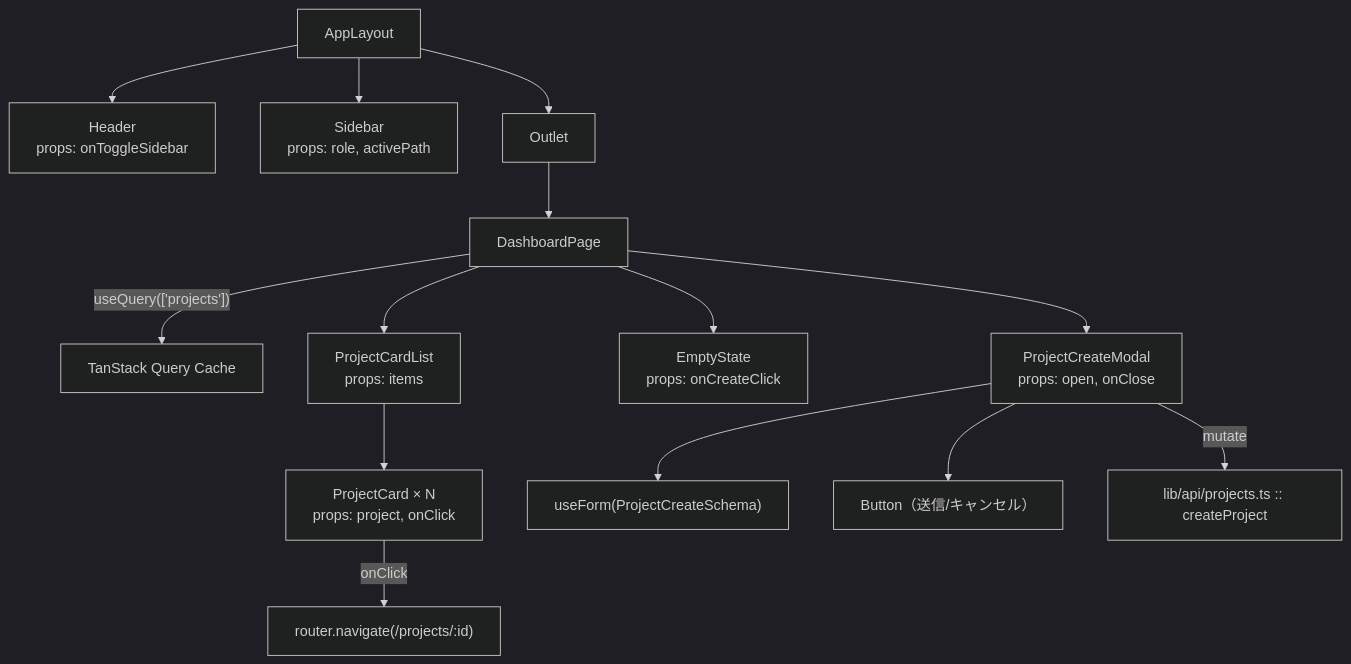
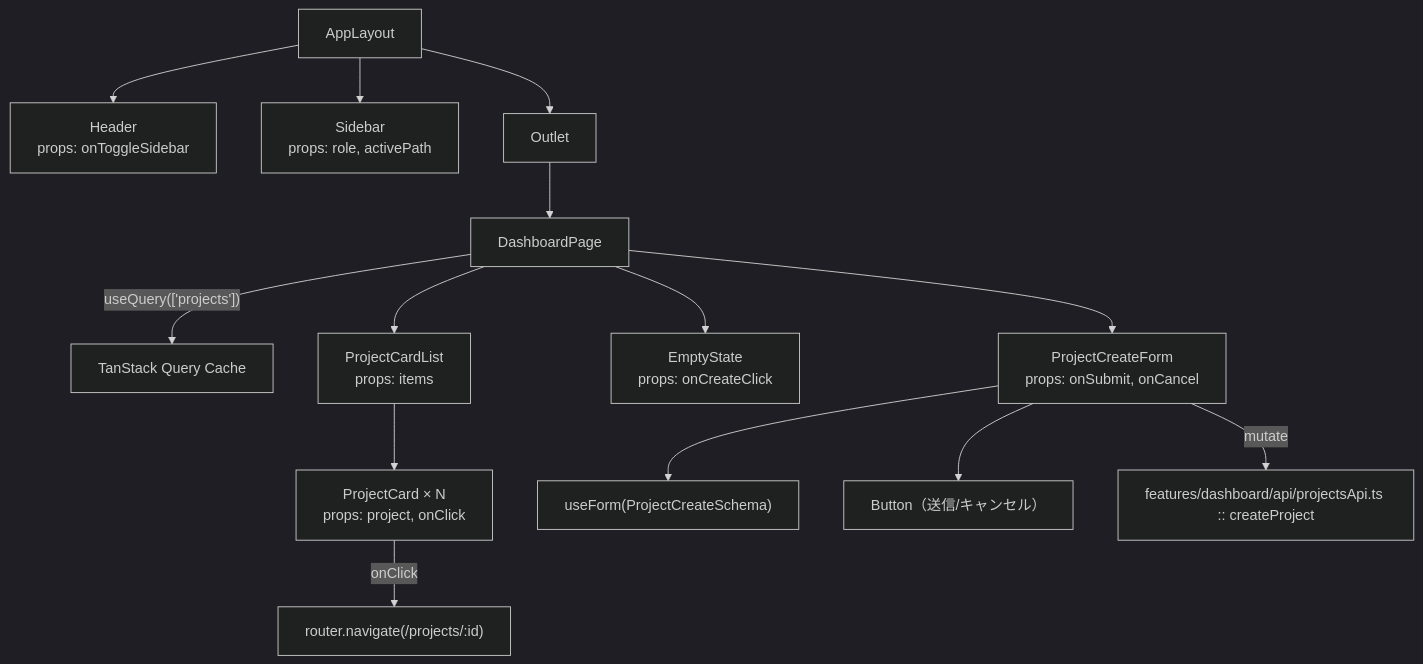
Before and after one commit to oikawa-d/task_management: the fourth of 5 diagrams in docs/detailed_design/screen/06_dashboard.md, drawn with Mermaid (dark theme). The commit also changed other lines of this file and 73 other files, not shown here.

````diff
--- a/docs/detailed_design/screen/06_dashboard.md
+++ b/docs/detailed_design/screen/06_dashboard.md
@@ -206,18 +206,18 @@
 ```mermaid
 flowchart TB
     APL["AppLayout"] --> HD["Header<br/>props: onToggleSidebar"]
     APL --> SB["Sidebar<br/>props: role, activePath"]
     APL --> OUT["Outlet"]
     OUT --> DP["DashboardPage"]
 
     DP -->|"useQuery(['projects'])"| Q["TanStack Query Cache"]
     DP --> PCL["ProjectCardList<br/>props: items"]
     PCL --> PC["ProjectCard × N<br/>props: project, onClick"]
     DP --> EMP["EmptyState<br/>props: onCreateClick"]
-    DP --> PCM["ProjectCreateModal<br/>props: open, onClose"]
+    DP --> PCM["ProjectCreateForm<br/>props: onSubmit, onCancel"]
     PCM --> RHF["useForm(ProjectCreateSchema)"]
     PCM --> BTN["Button（送信/キャンセル）"]
 
     PC -->|"onClick"| NAV["router.navigate(/projects/:id)"]
-    PCM -->|"mutate"| EP["lib/api/projects.ts :: createProject"]
+    PCM -->|"mutate"| EP["features/dashboard/api/projectsApi.ts :: createProject"]
 ```
````
